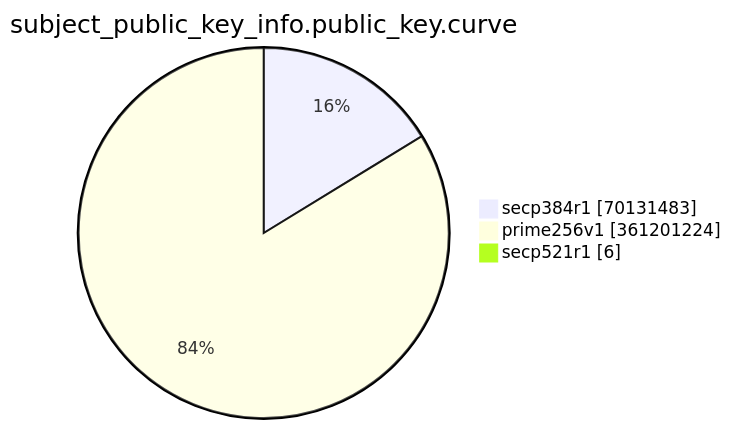
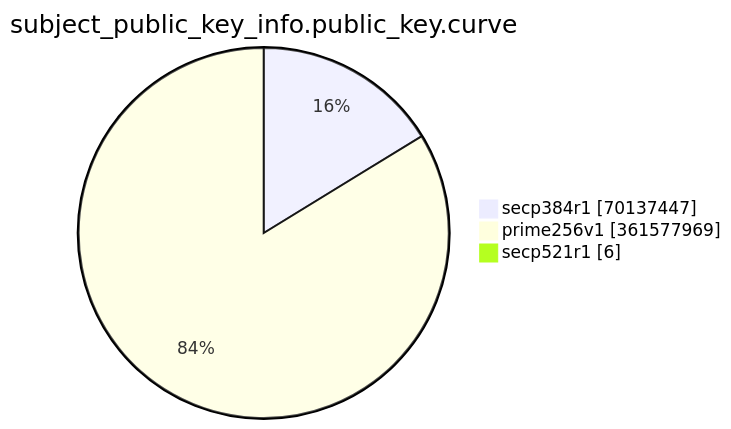
The eighth of 15 diagrams in TOTAL/README.md (christiankrug/ctmonitor_visualization), drawn with Mermaid before and after one commit. The commit also changed other lines of this file, not shown here.

````diff
--- a/TOTAL/README.md
+++ b/TOTAL/README.md
@@ -3086,7 +3086,7 @@
 ```mermaid
 pie showData
 title subject_public_key_info.public_key.curve
-"secp384r1" :70131483
-"prime256v1" :361201224
+"secp384r1" :70137447
+"prime256v1" :361577969
 "secp521r1" :6
 ```
````
